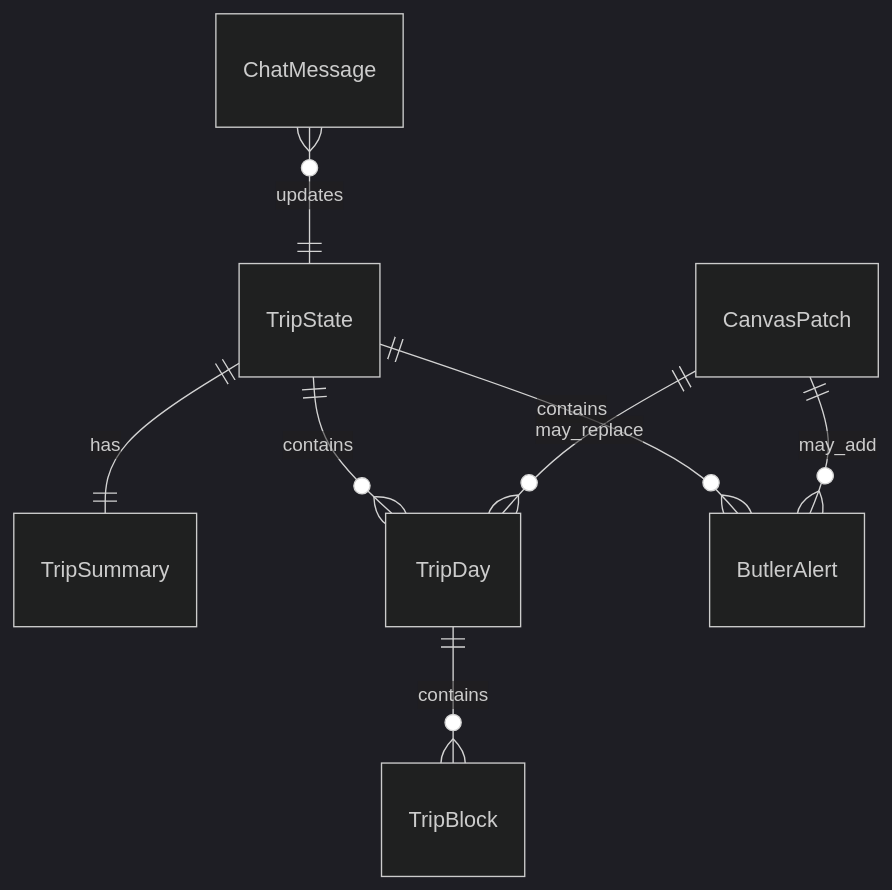
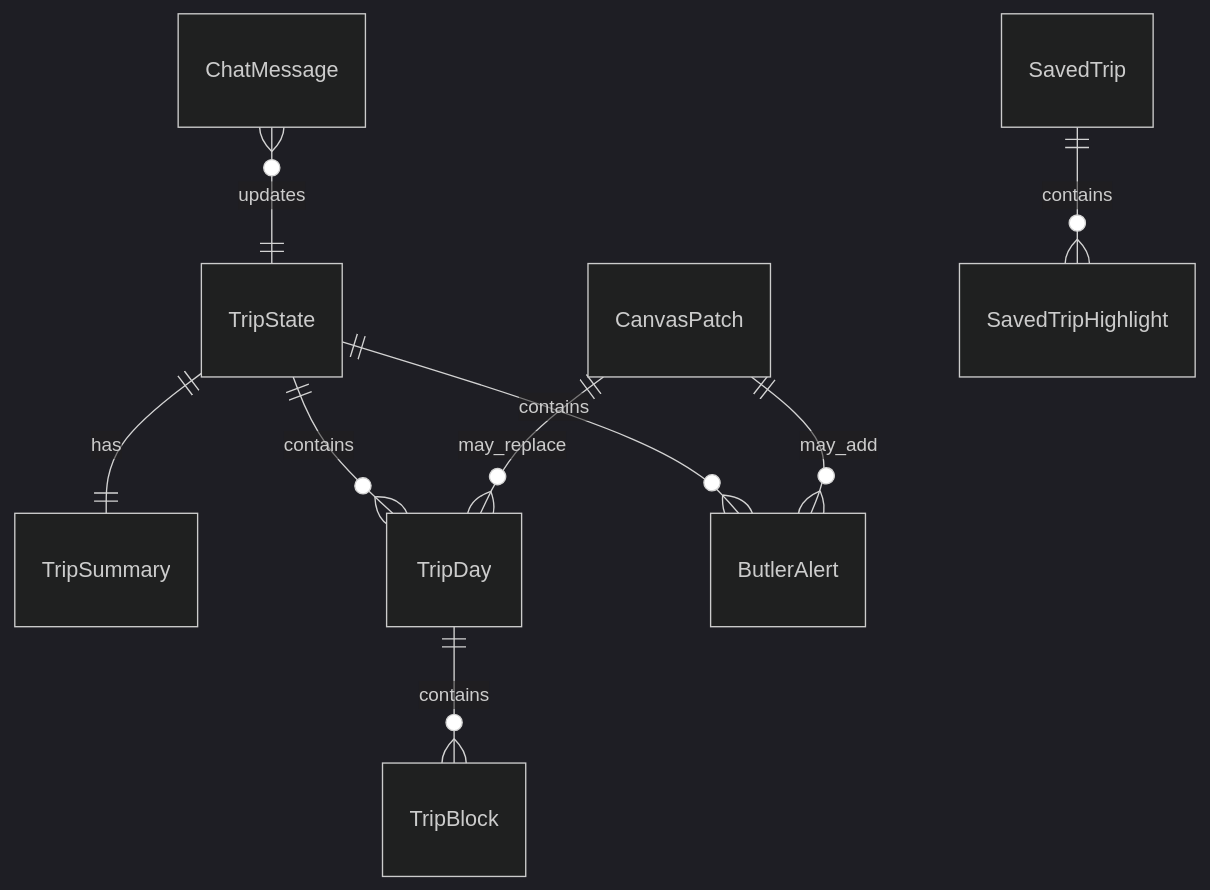
The third of 3 diagrams in DESIGN.md (JTCAO515/VP-Codex-Final), drawn with Mermaid (dark theme) before and after one commit. The commit also changed other lines of this file and 13 other files, not shown here.

````diff
--- a/DESIGN.md
+++ b/DESIGN.md
@@ -36,10 +46,11 @@
 ```mermaid
 erDiagram
     TripState ||--|| TripSummary : has
     TripState ||--o{ TripDay : contains
     TripState ||--o{ ButlerAlert : contains
     TripDay ||--o{ TripBlock : contains
     CanvasPatch ||--o{ TripDay : may_replace
     CanvasPatch ||--o{ ButlerAlert : may_add
     ChatMessage }o--|| TripState : updates
+    SavedTrip ||--o{ SavedTripHighlight : contains
 ```
````
